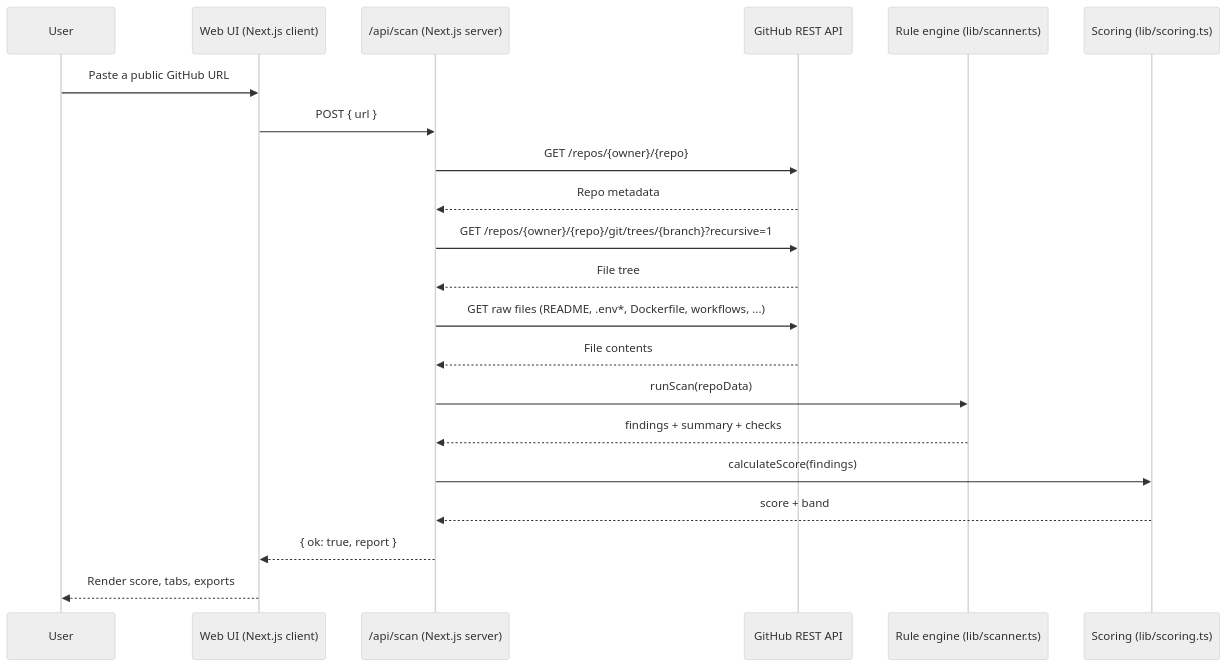
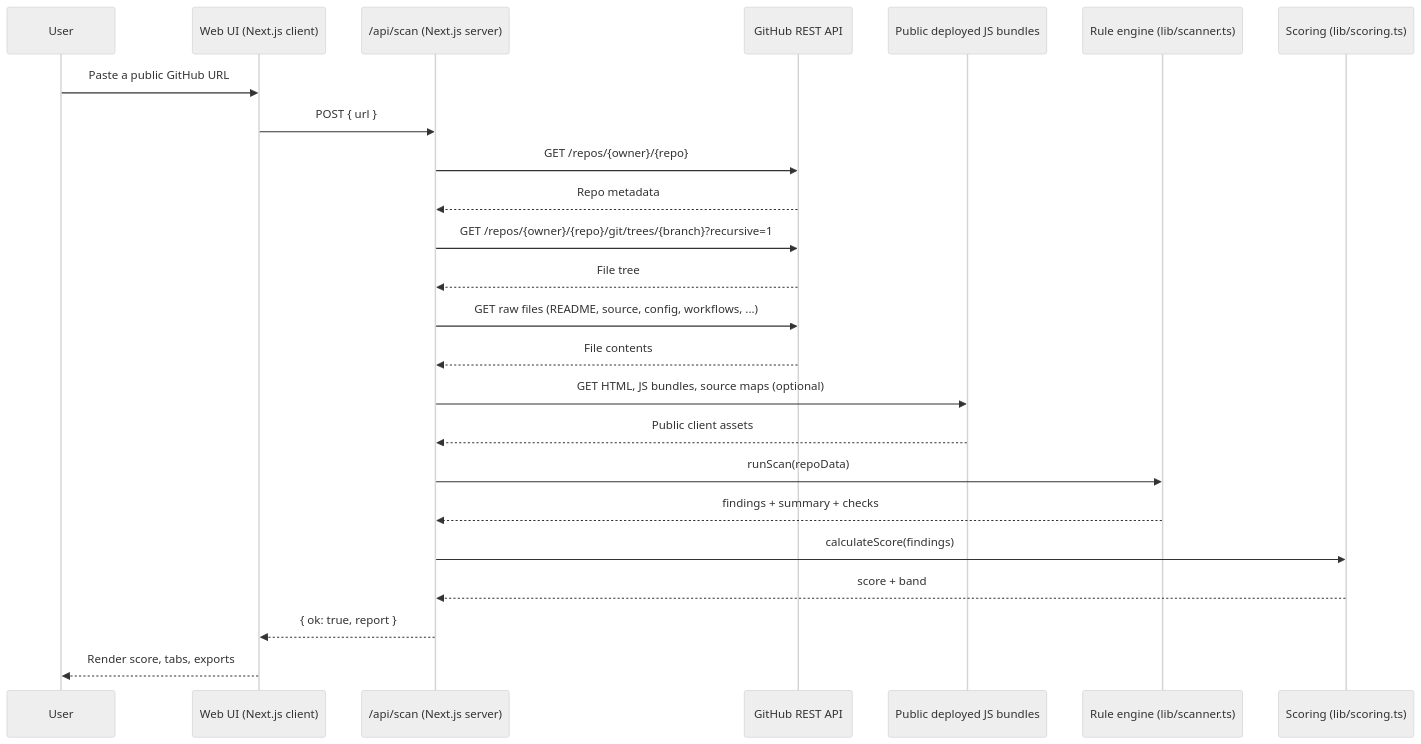
The second of 2 diagrams in README.md (zanesense/reposec), drawn with Mermaid (neutral theme) before and after one commit. The commit also changed other lines of this file and 19 other files, not shown here.

````diff
--- a/README.md
+++ b/README.md
@@ -373,24 +439,27 @@
 ```mermaid
 sequenceDiagram
     participant U as User
     participant W as Web UI (Next.js client)
     participant A as /api/scan (Next.js server)
     participant G as GitHub REST API
+    participant B as Public deployed JS bundles
     participant R as Rule engine (lib/scanner.ts)
     participant S as Scoring (lib/scoring.ts)
 
     U->>W: Paste a public GitHub URL
     W->>A: POST { url }
     A->>G: GET /repos/{owner}/{repo}
     G-->>A: Repo metadata
     A->>G: GET /repos/{owner}/{repo}/git/trees/{branch}?recursive=1
     G-->>A: File tree
-    A->>G: GET raw files (README, .env*, Dockerfile, workflows, ...)
+    A->>G: GET raw files (README, source, config, workflows, ...)
     G-->>A: File contents
+    A->>B: GET HTML, JS bundles, source maps (optional)
+    B-->>A: Public client assets
     A->>R: runScan(repoData)
     R-->>A: findings + summary + checks
     A->>S: calculateScore(findings)
     S-->>A: score + band
     A-->>W: { ok: true, report }
     W-->>U: Render score, tabs, exports
 ```
````
